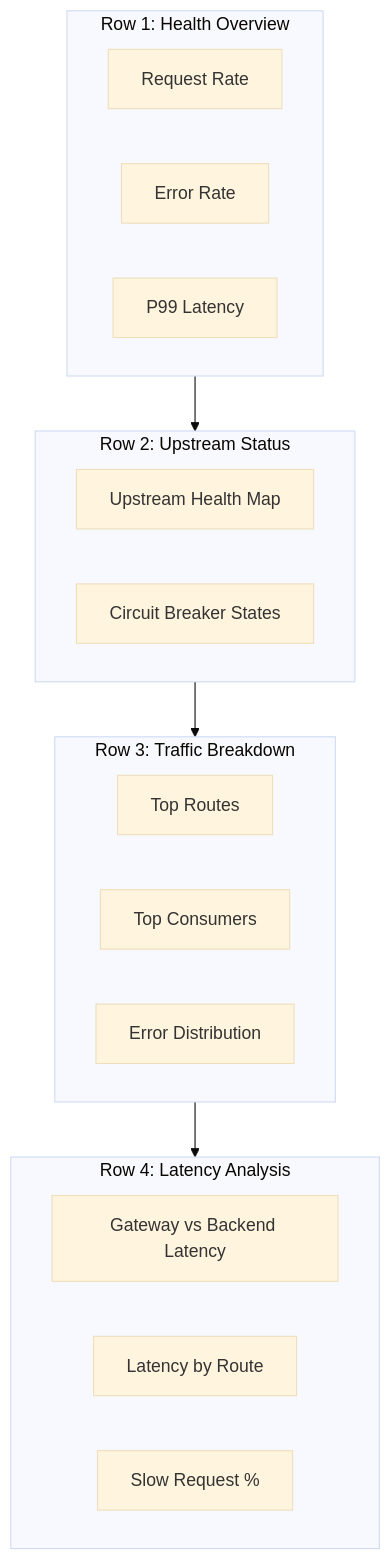
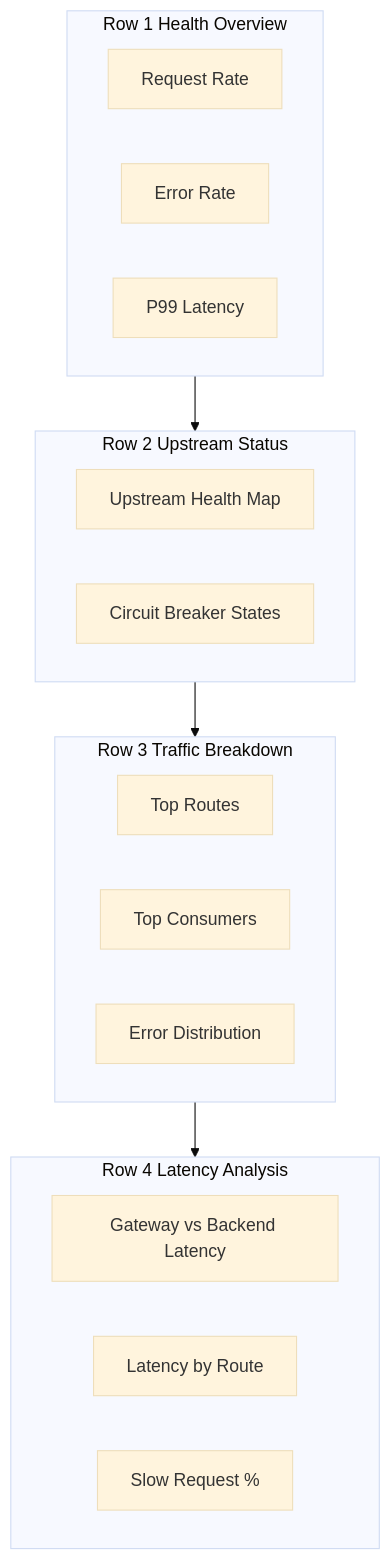
One commit to webstackdev/astro.webstackbuilders.com changed the fourth of 4 diagrams in src/content/articles/api-gateway-metrics-traces-logs-debugging/pdf.mdx. Above: the diagram before and after it, drawn with Mermaid (base theme). The commit also changed other lines of this file and 48 other files, not shown here.

Commit message:
Final pass wrap mermaid diagrams in Diagram component, expand props to Table and List components

````diff
--- a/src/content/articles/api-gateway-metrics-traces-logs-debugging/pdf.mdx
+++ b/src/content/articles/api-gateway-metrics-traces-logs-debugging/pdf.mdx
@@ -709,27 +833,27 @@
 ```mermaid
 graph TB
-    subgraph row1["Row 1: Health Overview"]
-        A[Request Rate]
-        B[Error Rate]
-        C[P99 Latency]
-    end
+  subgraph row1[Row 1 Health Overview]
+    A[Request Rate]
+    B[Error Rate]
+    C[P99 Latency]
+  end
 
-    subgraph row2["Row 2: Upstream Status"]
-        D[Upstream Health Map]
-        E[Circuit Breaker States]
-    end
+  subgraph row2[Row 2 Upstream Status]
+    D[Upstream Health Map]
+    E[Circuit Breaker States]
+  end
 
-    subgraph row3["Row 3: Traffic Breakdown"]
-        F[Top Routes]
-        G[Top Consumers]
-        H[Error Distribution]
-    end
+  subgraph row3[Row 3 Traffic Breakdown]
+    F[Top Routes]
+    G[Top Consumers]
+    H[Error Distribution]
+  end
 
-    subgraph row4["Row 4: Latency Analysis"]
-        I[Gateway vs Backend Latency]
-        J[Latency by Route]
-        K[Slow Request %]
-    end
+  subgraph row4[Row 4 Latency Analysis]
+    I[Gateway vs Backend Latency]
+    J[Latency by Route]
+    K[Slow Request %]
+  end
 
-    row1 --> row2 --> row3 --> row4
+  row1 --> row2 --> row3 --> row4
 ```
````
